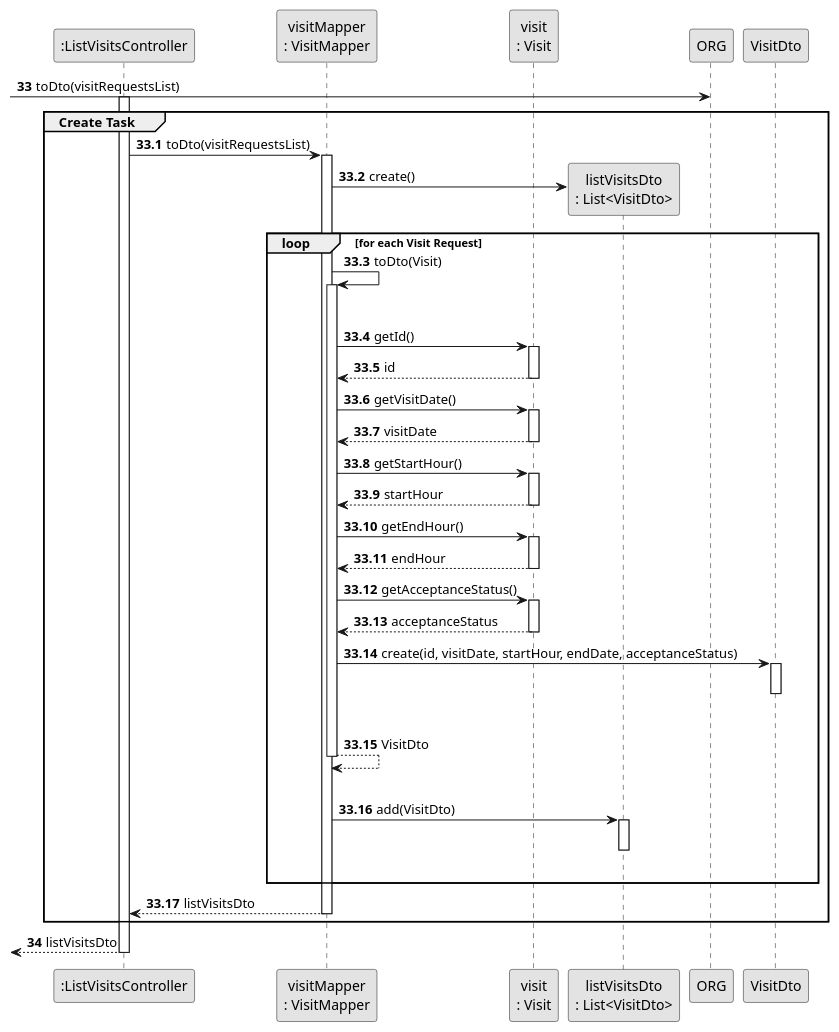
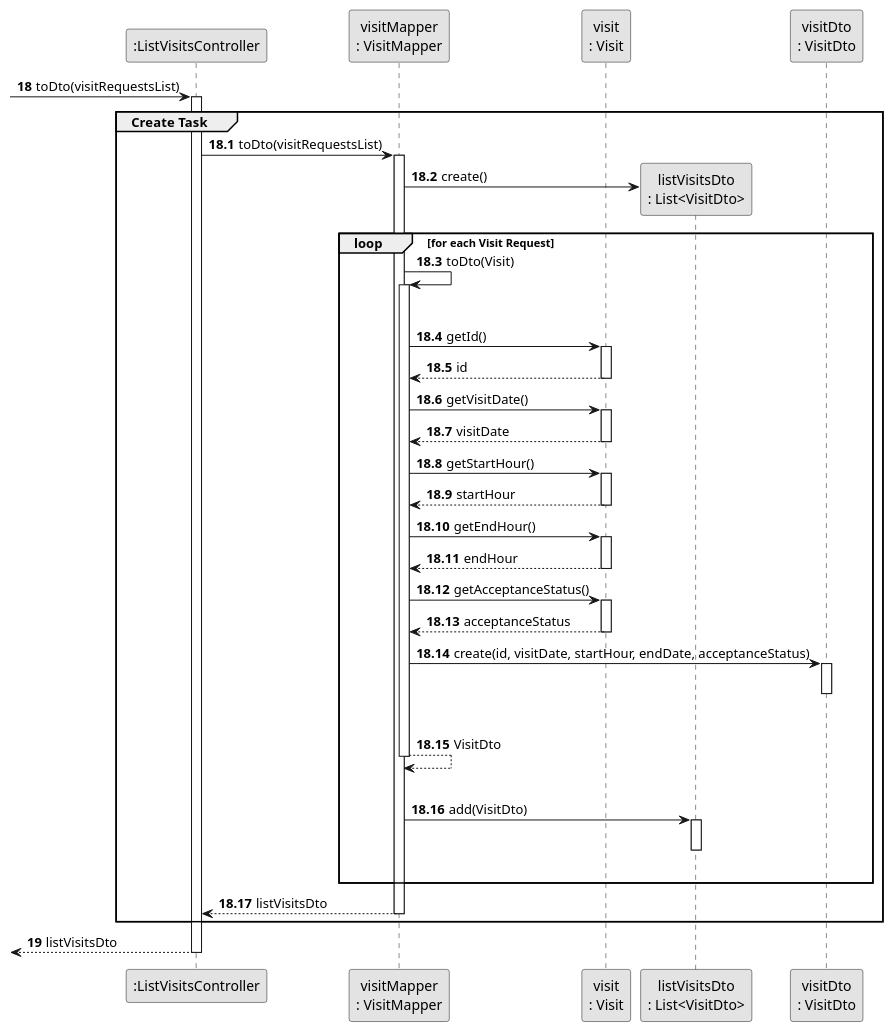
The diagram in docs/sprintD/us015/03.design/puml/us015-sequence-diagram-partial-convert-visits-list-to-dto.puml (rita-barbosa/LAPR2-2223), drawn with PlantUML before and after one commit. The commit also changed 9 other files, not shown here.

Commit message:
Update Sequence Diagram (all) & Class Diagram + SVG's [US015][Design]

```diff
--- a/docs/sprintD/us015/03.design/puml/us015-sequence-diagram-partial-convert-visits-list-to-dto.puml
+++ b/docs/sprintD/us015/03.design/puml/us015-sequence-diagram-partial-convert-visits-list-to-dto.puml
@@ -1,83 +1,85 @@
 @startuml
 skinparam monochrome true
 skinparam packageStyle rectangle
 skinparam shadowing false
 
 participant ":ListVisitsController" as CTRL
 participant "visitMapper\n: VisitMapper" as VisitMapper
 participant "visit\n: Visit" as Visit
 participant "listVisitsDto\n: List<VisitDto>" as VisitDtoList
+participant "visitDto\n: VisitDto" as VisitDto
 
-autonumber 33
--> ORG: toDto(visitRequestsList)
 
-autonumber 33.1
+autonumber 18
+-> CTRL: toDto(visitRequestsList)
+
+autonumber 18.1
 activate CTRL
     group Create Task
 
         CTRL -> VisitMapper : toDto(visitRequestsList)
                      activate VisitMapper
 
                      VisitMapper -> VisitDtoList**: create()
 
                             loop for each Visit Request
 
                             VisitMapper -> VisitMapper : toDto(Visit)
                             activate VisitMapper
                                  |||
 
                                 VisitMapper -> Visit : getId()
                                 activate Visit
 
                                 Visit --> VisitMapper : id
                                 deactivate Visit
 
                                 VisitMapper -> Visit : getVisitDate()
                                 activate Visit
 
                                 Visit --> VisitMapper : visitDate
                                 deactivate Visit
 
                                 VisitMapper -> Visit : getStartHour()
                                 activate Visit
 
                                 Visit --> VisitMapper : startHour
                                 deactivate Visit
 
                                 VisitMapper -> Visit : getEndHour()
                                 activate Visit
 
                                 Visit --> VisitMapper : endHour
                                 deactivate Visit
 
                                 VisitMapper -> Visit : getAcceptanceStatus()
                                 activate Visit
 
                                 Visit --> VisitMapper : acceptanceStatus
                                 deactivate Visit
 
                                 VisitMapper -> VisitDto : create(id, visitDate, startHour, endDate, acceptanceStatus)
                                 activate VisitDto
                                 deactivate VisitDto
 
                             |||
                             VisitMapper --> VisitMapper: VisitDto
                             deactivate VisitMapper
                             |||
                             VisitMapper -> VisitDtoList: add(VisitDto)
                             activate VisitDtoList
                             deactivate VisitDtoList
 
                             |||
                             end loop
 
                          VisitMapper --> CTRL : listVisitsDto
                          deactivate VisitMapper
     end
 
-    autonumber 34
+    autonumber 19
     <-- CTRL : listVisitsDto
 deactivate CTRL
 
 
 @enduml
```
